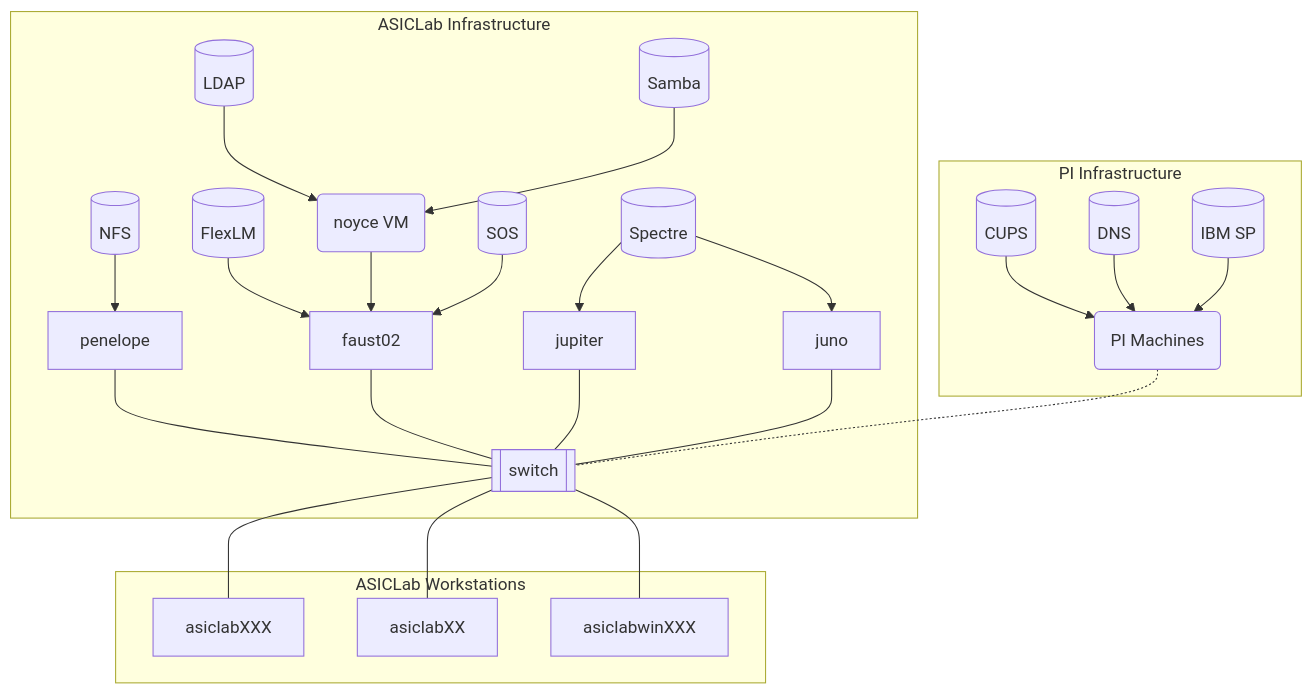
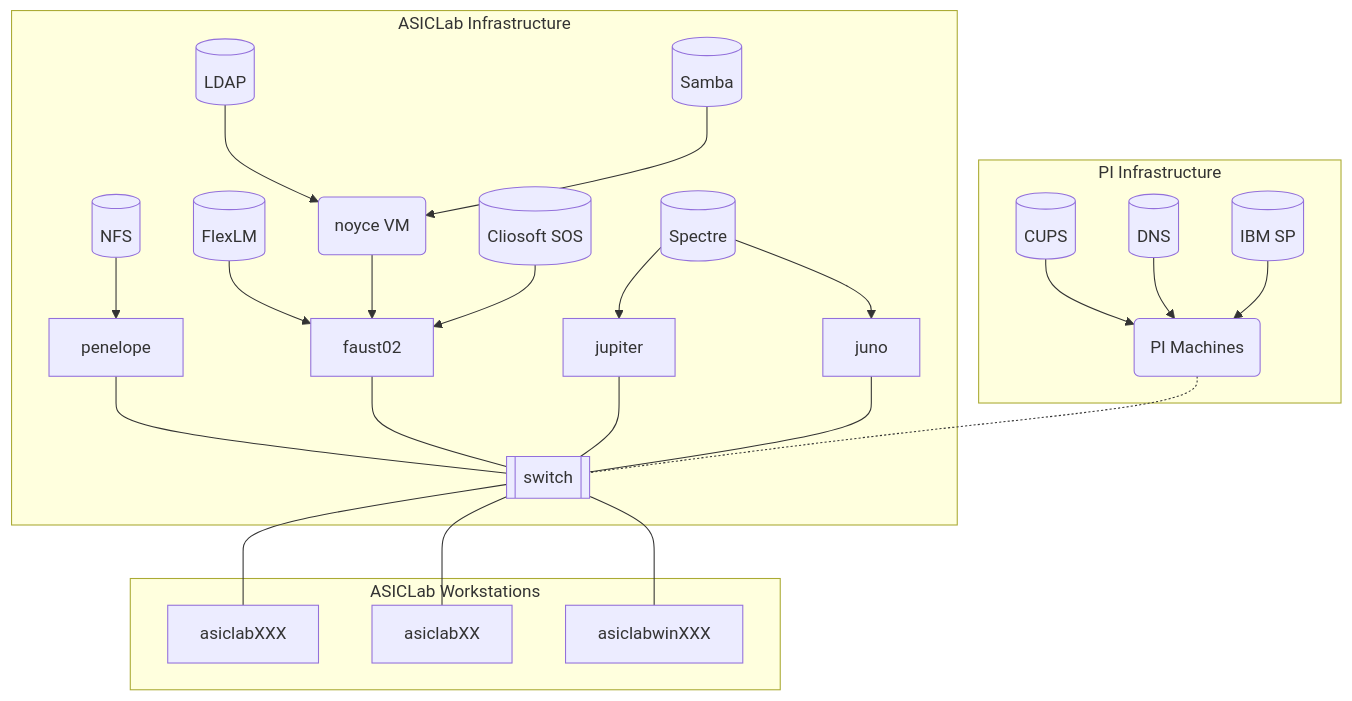
One commit to SiLab-Bonn/asiclab changed the diagram in README.md. Above: the diagram before and after it, drawn with Mermaid.

````diff
--- a/README.md
+++ b/README.md
@@ -9,39 +9,39 @@
 ```mermaid
 graph TB
 linkStyle default interpolate basis
 
 subgraph pin [PI Infrastructure]
 cups[(CUPS)]-->pi
 dns[(DNS)]-->pi
 tivoli[(IBM SP)]-->pi
 end
 
 subgraph asiclab[ASICLab Infrastructure]
 spectre[(Spectre)]-->jupiter
 spectre[(Spectre)]-->juno
 
 flexlm[(FlexLM)]-->faust02
 ldap[(LDAP)]-->noyce(noyce VM)
 samba[(Samba)]-->noyce
 nfs[(NFS)]-->penelope
 noyce-->faust02
-sos[(SOS)]-->faust02
+sos[(Cliosoft SOS)]-->faust02
 
 penelope---switch[[switch]]
 faust02---switch
 jupiter---switch
 juno---switch
 end
 
 pi(PI Machines)-.-switch
 
 subgraph asm[ASICLab Workstations]
 asiclabXXX
 asiclabXX
 asiclabwinXXX
 end
 
 switch---asiclabXXX
 switch---asiclabXX
 switch---asiclabwinXXX
 ```
````
